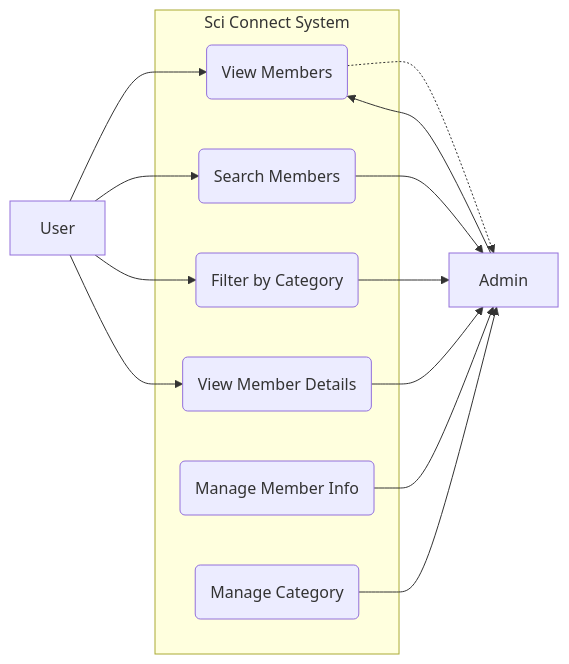
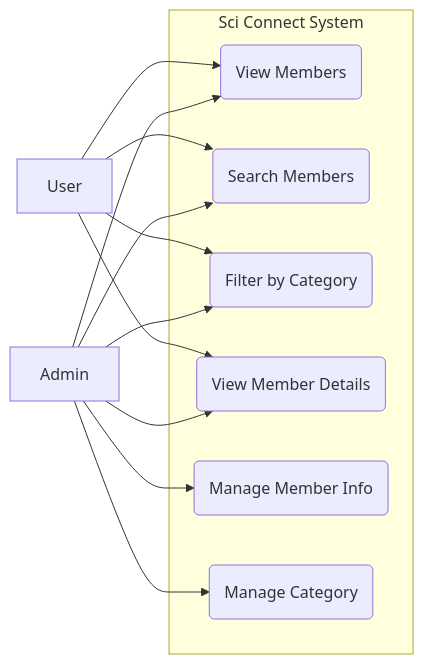
One commit to sirapopswu/sciconnect changed the diagram in README.md. Above: the diagram before and after it, drawn with Mermaid.

````diff
--- a/README.md
+++ b/README.md
@@ -48,28 +48,27 @@
 ```mermaid
 flowchart LR
 
 User[User]
 Admin[Admin]
 
 subgraph Sci_Connect_System["Sci Connect System"]
     VM(View Members)
     SM(Search Members)
     FC(Filter by Category)
     VD(View Member Details)
     MM(Manage Member Info)
     MC(Manage Category)
 end
 
 User --> VM
 User --> SM
 User --> FC
 User --> VD
 
-MM --> Admin
-MC --> Admin
-VM -.-> Admin
+Admin --> MM
+Admin --> MC
 Admin --> VM
-SM --> Admin
-FC --> Admin
-VD --> Admin
+Admin --> SM
+Admin --> FC
+Admin --> VD
 ```
````
